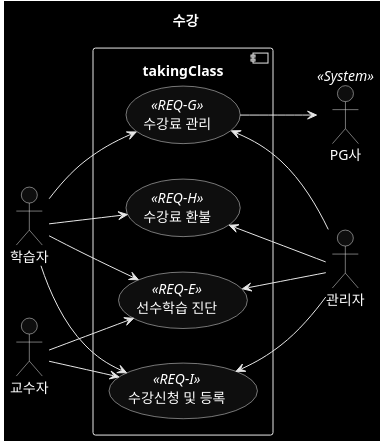
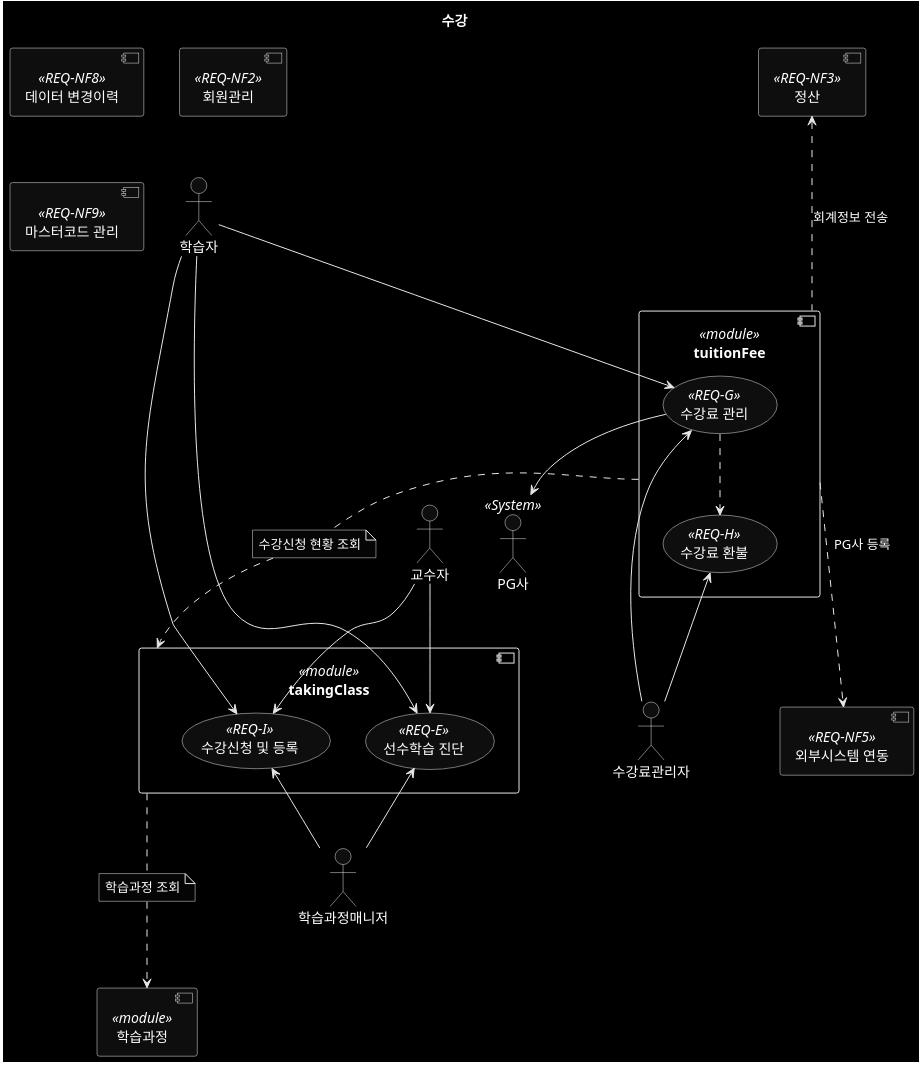
The diagram in 020-유스케이스-도메인/수강/usecase.md (ohhoonim/lms-design), drawn with PlantUML before and after one commit. The commit also changed 3 other files, not shown here.

Commit message:
수강 유스케이스 Fixes #11 usecase diagram 작성

````diff
--- a/020-유스케이스-도메인/수강/usecase.md
+++ b/020-유스케이스-도메인/수강/usecase.md
@@ -5,32 +5,58 @@
 ```plantuml
 @startuml
 skinparam monochrome reverse
-left to right direction
 
 title 수강
 
+component "학습과정" <<module>> as learningCourse
+
+[데이터 변경이력] <<REQ-NF8>>
+[회원관리] <<REQ-NF2>>
+[마스터코드 관리] <<REQ-NF9>>
+[외부시스템 연동] <<REQ-NF5>>
+
 :학습자: as student
 :교수자: as professor
-:관리자: as manager
+:학습과정매니저: as class_manager
+:수강료관리자: as fee_manager
 :PG사: as pg <<System>>
 
-component takingClass {
+component takingClass <<module>> {
     (수강신청 및 등록) as req_i <<REQ-I>>
     (선수학습 진단) as req_e <<REQ-E>>
+}
+
+component tuitionFee <<module>> {
     (수강료 관리) as req_g <<REQ-G>>
     (수강료 환불) as req_h <<REQ-H>>
 }
+req_g ..> req_h 
 
-manager -up-> req_i
-manager -up-> req_e
-manager -up-> req_g
-manager -up-> req_h
+note "수강신청 현황 조회" as N1
+tuitionFee .. N1
+N1 ..> takingClass  
+
+class_manager -up-> req_i
+class_manager -up-> req_e
+fee_manager -up-> req_g
+fee_manager -up-> req_h
+
 professor --> req_i
 professor --> req_e
+
 student --> req_e
 student --> req_g
-student --> req_h
 student --> req_i
+
 req_g --> pg
+
+note "학습과정 조회" as N2
+takingClass .. N2
+N2 ..> learningCourse  
+
+[정산] <<REQ-NF3>>
+[정산] <-.. tuitionFee: 회계정보 전송
+
+tuitionFee ...> [외부시스템 연동]: PG사 등록
 @enduml
 ```
````
